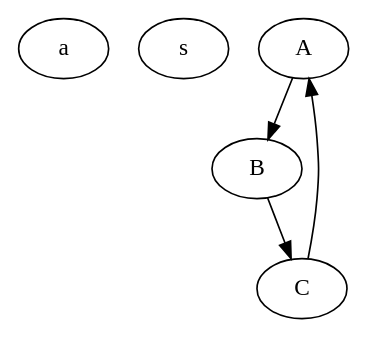
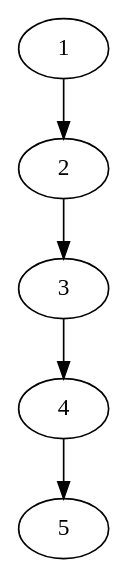
Before and after one commit to ryanalfa94/-CSE-464-2024-ralfa: the diagram in src/main/resources/output.dot, drawn with Graphviz. The commit also changed 14 other files, not shown here.

```diff
--- a/src/main/resources/output.dot
+++ b/src/main/resources/output.dot
@@ -1,7 +1,6 @@
 digraph "G" {
-"a"
-"s"
-"A" -> "B"
-"B" -> "C"
-"C" -> "A"
+"1" -> "2"
+"2" -> "3"
+"3" -> "4"
+"4" -> "5"
 }
```
